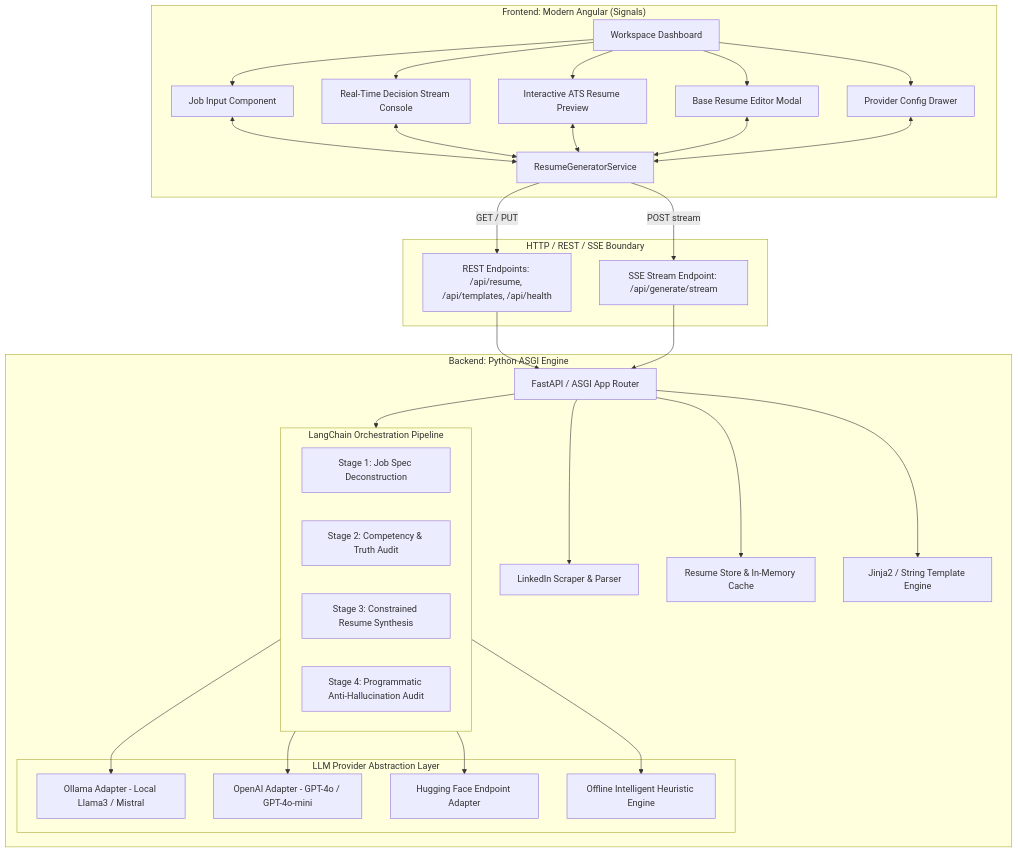
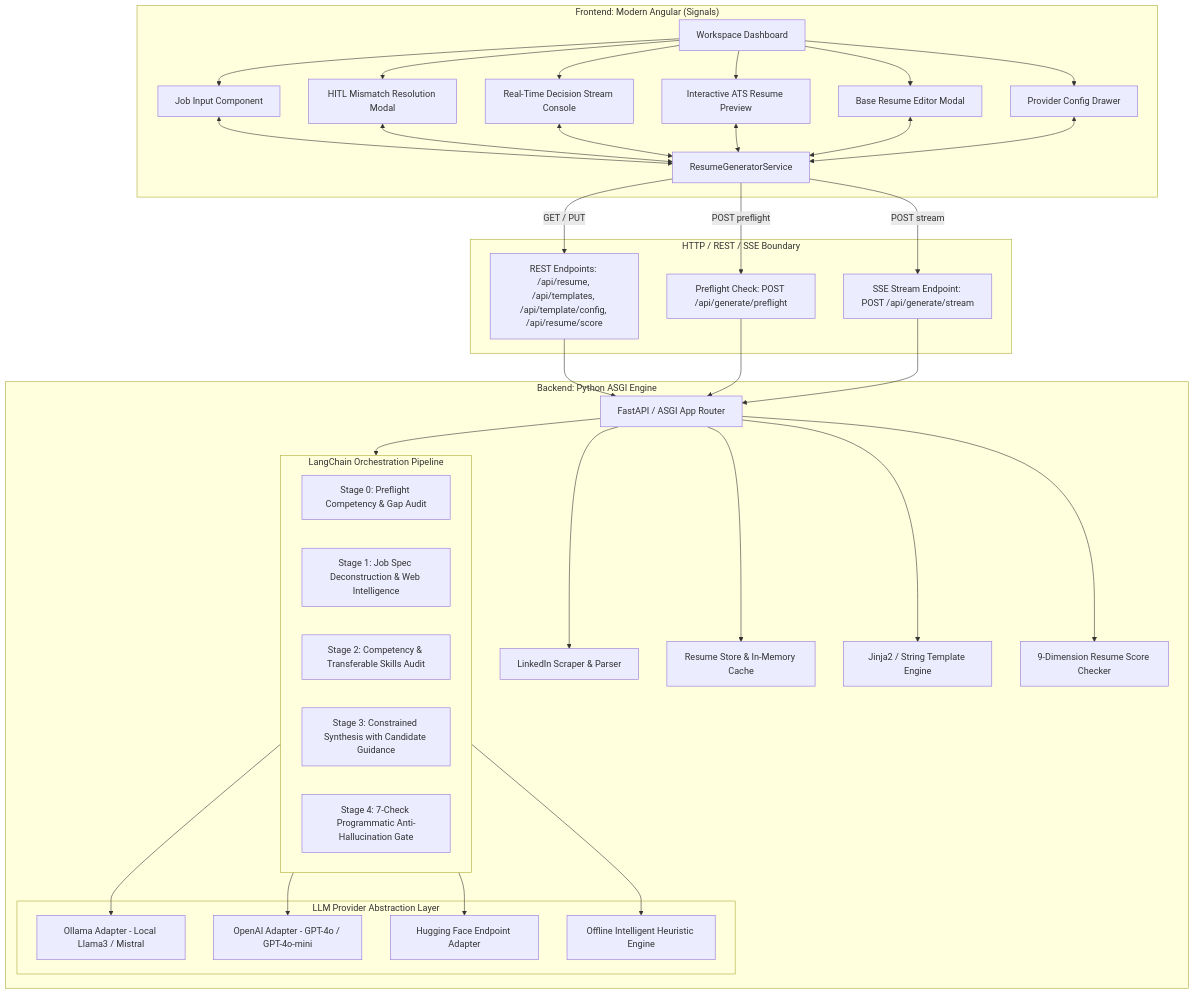
Before and after one commit to TechieWithBeard/resume-generator: the diagram in docs/ARCHITECTURE.md, drawn with Mermaid. The commit also changed other lines of this file and 26 other files, not shown here.

Commit message:
feat: human-in-the-loop mismatch workflow, strict skills non-fabrication gate, turnkey setup, and evals

````diff
--- a/docs/ARCHITECTURE.md
+++ b/docs/ARCHITECTURE.md
@@ -9,57 +9,64 @@
 ```mermaid
 graph TB
     subgraph Client ["Frontend: Modern Angular (Signals)"]
         UI[Workspace Dashboard]
         JI[Job Input Component]
+        HITL[HITL Mismatch Resolution Modal]
         SC[Real-Time Decision Stream Console]
         RP[Interactive ATS Resume Preview]
         BRM[Base Resume Editor Modal]
         SD[Provider Config Drawer]
         Svc[ResumeGeneratorService]
         
         UI --> JI
+        UI --> HITL
         UI --> SC
         UI --> RP
         UI --> BRM
         UI --> SD
-        JI & SC & RP & BRM & SD <--> Svc
+        JI & HITL & SC & RP & BRM & SD <--> Svc
     end
 
     subgraph NetworkBoundary ["HTTP / REST / SSE Boundary"]
-        REST[REST Endpoints: /api/resume, /api/templates, /api/health]
-        SSE[SSE Stream Endpoint: /api/generate/stream]
+        REST[REST Endpoints: /api/resume, /api/templates, /api/template/config, /api/resume/score]
+        PRE[Preflight Check: POST /api/generate/preflight]
+        SSE[SSE Stream Endpoint: POST /api/generate/stream]
     end
 
     subgraph Server ["Backend: Python ASGI Engine"]
         API[FastAPI / ASGI App Router]
         Extractor[LinkedIn Scraper & Parser]
         Store[Resume Store & In-Memory Cache]
         Renderer[Jinja2 / String Template Engine]
+        ScoreChecker[9-Dimension Resume Score Checker]
         
         subgraph LangChainCore ["LangChain Orchestration Pipeline"]
-            P1[Stage 1: Job Spec Deconstruction]
-            P2[Stage 2: Competency & Truth Audit]
-            P3[Stage 3: Constrained Resume Synthesis]
-            P4[Stage 4: Programmatic Anti-Hallucination Audit]
+            P0[Stage 0: Preflight Competency & Gap Audit]
+            P1[Stage 1: Job Spec Deconstruction & Web Intelligence]
+            P2[Stage 2: Competency & Transferable Skills Audit]
+            P3[Stage 3: Constrained Synthesis with Candidate Guidance]
+            P4[Stage 4: 7-Check Programmatic Anti-Hallucination Gate]
         end
         
         subgraph LLMAdapters ["LLM Provider Abstraction Layer"]
             OllamaAdapter[Ollama Adapter - Local Llama3 / Mistral]
             OpenAIAdapter[OpenAI Adapter - GPT-4o / GPT-4o-mini]
             HFAdapter[Hugging Face Endpoint Adapter]
             HeuristicEngine[Offline Intelligent Heuristic Engine]
         end
     end
 
     Svc -->|GET / PUT| REST
+    Svc -->|POST preflight| PRE
     Svc -->|POST stream| SSE
-    REST & SSE --> API
+    REST & PRE & SSE --> API
     API --> Extractor
     API --> Store
     API --> Renderer
+    API --> ScoreChecker
     API --> LangChainCore
     LangChainCore --> OllamaAdapter
     LangChainCore --> OpenAIAdapter
     LangChainCore --> HFAdapter
     LangChainCore --> HeuristicEngine
 ```
````
